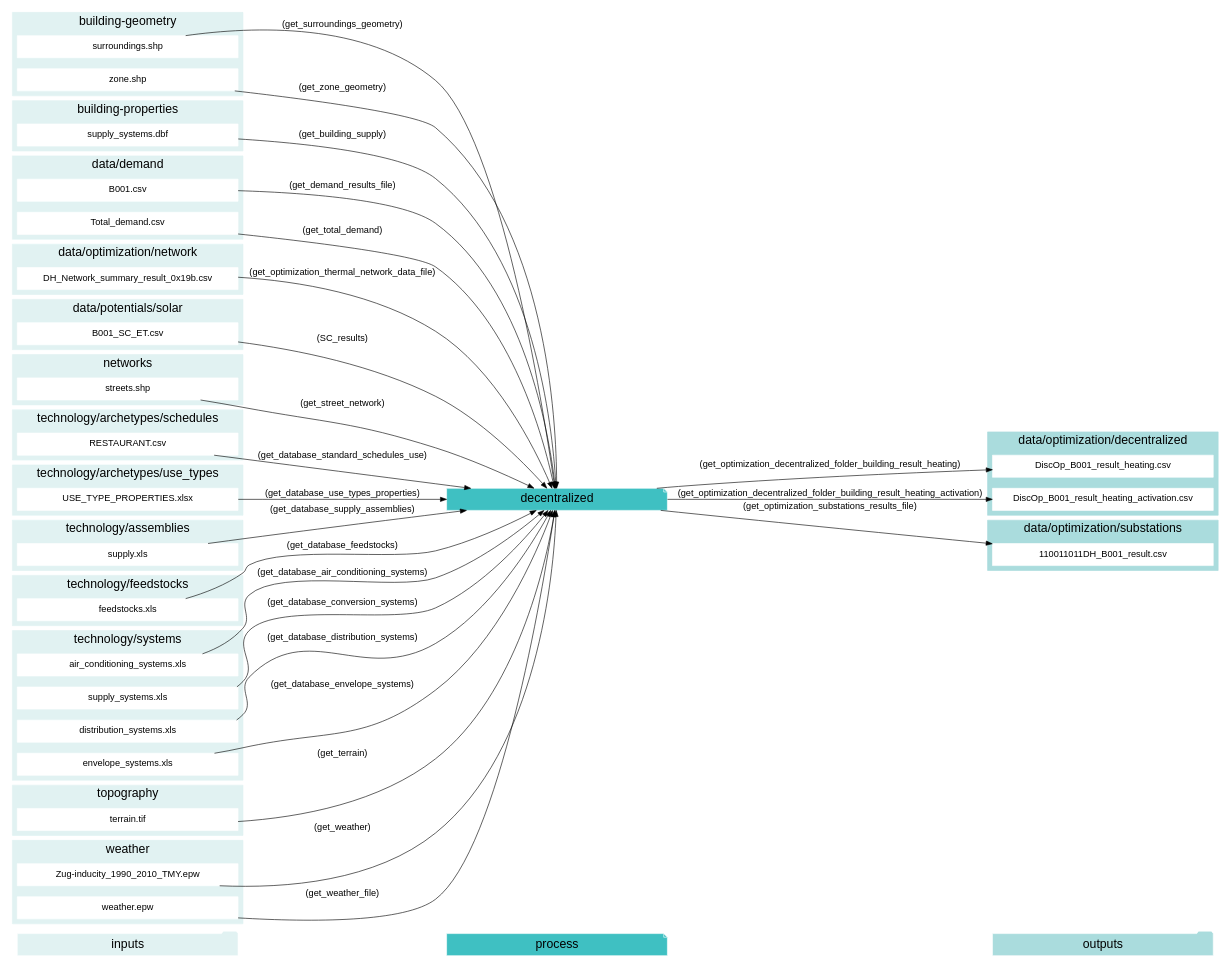
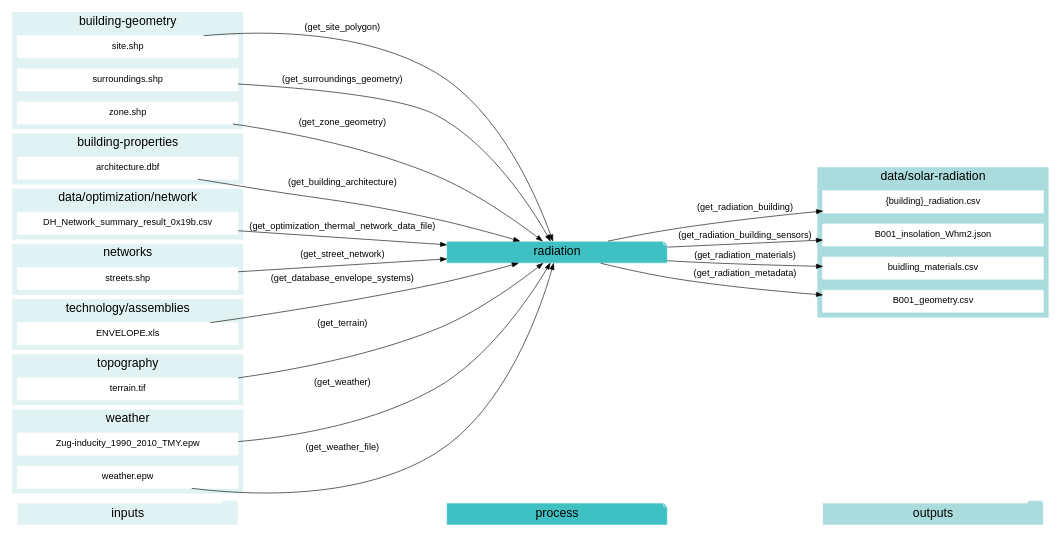
The fourth of 23 diagrams in docs/script-data-flow.rst (architecture-building-systems/CityEnergyAnalyst), drawn with Graphviz before and after one commit. The commit also changed other lines of this file and 24 other files, not shown here.

```diff
--- a/docs/script-data-flow.rst
+++ b/docs/script-data-flow.rst
@@ -468,13 +361,14 @@
     "inputs"->"process"[style=invis]
     "process"->"outputs"[style=invis]
     }
-    "decentralized"[style=filled, color=white, fillcolor="#3FC0C2", shape=note, fontsize=20, fontname=arial];
+    "radiation"[style=filled, color=white, fillcolor="#3FC0C2", shape=note, fontsize=20, fontname=arial];
     subgraph cluster_0_in {
         style = filled;
         color = "#E1F2F2";
         fontsize = 20;
         rank=same;
         label="building-geometry";
+        "site.shp"
         "surroundings.shp"
         "zone.shp"
     }
@@ -484,27 +378,9 @@
         fontsize = 20;
         rank=same;
         label="building-properties";
-        "supply_systems.dbf"
+        "architecture.dbf"
     }
     subgraph cluster_2_in {
-        style = filled;
-        color = "#E1F2F2";
-        fontsize = 20;
-        rank=same;
-        label="data/demand";
-        "B001.csv"
-        "Total_demand.csv"
-    }
-    subgraph cluster_3_out {
-        style = filled;
-        color = "#aadcdd";
-        fontsize = 20;
-        rank=same;
-        label="data/optimization/decentralized";
-        "DiscOp_B001_result_heating.csv"
-        "DiscOp_B001_result_heating_activation.csv"
-    }
-    subgraph cluster_4_in {
         style = filled;
         color = "#E1F2F2";
         fontsize = 20;
@@ -512,23 +388,18 @@
         label="data/optimization/network";
         "DH_Network_summary_result_0x19b.csv"
     }
-    subgraph cluster_5_out {
+    subgraph cluster_3_out {
         style = filled;
         color = "#aadcdd";
         fontsize = 20;
         rank=same;
-        label="data/optimization/substations";
-        "110011011DH_B001_result.csv"
+        label="data/solar-radiation";
+        "{building}_radiation.csv"
+        "B001_insolation_Whm2.json"
+        "buidling_materials.csv"
+        "B001_geometry.csv"
     }
-    subgraph cluster_6_in {
-        style = filled;
-        color = "#E1F2F2";
-        fontsize = 20;
-        rank=same;
-        label="data/potentials/solar";
-        "B001_SC_ET.csv"
-    }
-    subgraph cluster_7_in {
+    subgraph cluster_4_in {
         style = filled;
         color = "#E1F2F2";
         fontsize = 20;
@@ -536,50 +407,15 @@
         label="networks";
         "streets.shp"
     }
-    subgraph cluster_8_in {
-        style = filled;
-        color = "#E1F2F2";
-        fontsize = 20;
-        rank=same;
-        label="technology/archetypes/schedules";
-        "RESTAURANT.csv"
-    }
-    subgraph cluster_9_in {
-        style = filled;
-        color = "#E1F2F2";
-        fontsize = 20;
-        rank=same;
-        label="technology/archetypes/use_types";
-        "USE_TYPE_PROPERTIES.xlsx"
-    }
-    subgraph cluster_10_in {
+    subgraph cluster_5_in {
         style = filled;
         color = "#E1F2F2";
         fontsize = 20;
         rank=same;
         label="technology/assemblies";
-        "supply.xls"
+        "ENVELOPE.xls"
     }
-    subgraph cluster_11_in {
-        style = filled;
-        color = "#E1F2F2";
-        fontsize = 20;
-        rank=same;
-        label="technology/feedstocks";
-        "feedstocks.xls"
-    }
-    subgraph cluster_12_in {
-        style = filled;
-        color = "#E1F2F2";
-        fontsize = 20;
-        rank=same;
-        label="technology/systems";
-        "air_conditioning_systems.xls"
-        "supply_systems.xls"
-        "distribution_systems.xls"
-        "envelope_systems.xls"
-    }
-    subgraph cluster_13_in {
+    subgraph cluster_6_in {
         style = filled;
         color = "#E1F2F2";
         fontsize = 20;
@@ -587,7 +423,7 @@
         label="topography";
         "terrain.tif"
     }
-    subgraph cluster_14_in {
+    subgraph cluster_7_in {
         style = filled;
         color = "#E1F2F2";
         fontsize = 20;
@@ -596,26 +432,18 @@
         "Zug-inducity_1990_2010_TMY.epw"
         "weather.epw"
     }
-    "B001_SC_ET.csv" -> "decentralized"[label="(SC_results)"]
-    "supply_systems.dbf" -> "decentralized"[label="(get_building_supply)"]
-    "air_conditioning_systems.xls" -> "decentralized"[label="(get_database_air_conditioning_systems)"]
-    "supply_systems.xls" -> "decentralized"[label="(get_database_conversion_systems)"]
-    "distribution_systems.xls" -> "decentralized"[label="(get_database_distribution_systems)"]
-    "envelope_systems.xls" -> "decentralized"[label="(get_database_envelope_systems)"]
-    "feedstocks.xls" -> "decentralized"[label="(get_database_feedstocks)"]
-    "RESTAURANT.csv" -> "decentralized"[label="(get_database_standard_schedules_use)"]
-    "supply.xls" -> "decentralized"[label="(get_database_supply_assemblies)"]
-    "USE_TYPE_PROPERTIES.xlsx" -> "decentralized"[label="(get_database_use_types_properties)"]
-    "B001.csv" -> "decentralized"[label="(get_demand_results_file)"]
-    "DH_Network_summary_result_0x19b.csv" -> "decentralized"[label="(get_optimization_thermal_network_data_file)"]
-    "streets.shp" -> "decentralized"[label="(get_street_network)"]
-    "surroundings.shp" -> "decentralized"[label="(get_surroundings_geometry)"]
-    "terrain.tif" -> "decentralized"[label="(get_terrain)"]
-    "Total_demand.csv" -> "decentralized"[label="(get_total_demand)"]
-    "Zug-inducity_1990_2010_TMY.epw" -> "decentralized"[label="(get_weather)"]
-    "weather.epw" -> "decentralized"[label="(get_weather_file)"]
-    "zone.shp" -> "decentralized"[label="(get_zone_geometry)"]
-    "decentralized" -> "DiscOp_B001_result_heating.csv"[label="(get_optimization_decentralized_folder_building_result_heating)"]
-    "decentralized" -> "DiscOp_B001_result_heating_activation.csv"[label="(get_optimization_decentralized_folder_building_result_heating_activation)"]
-    "decentralized" -> "110011011DH_B001_result.csv"[label="(get_optimization_substations_results_file)"]
+    "architecture.dbf" -> "radiation"[label="(get_building_architecture)"]
+    "ENVELOPE.xls" -> "radiation"[label="(get_database_envelope_systems)"]
+    "DH_Network_summary_result_0x19b.csv" -> "radiation"[label="(get_optimization_thermal_network_data_file)"]
+    "site.shp" -> "radiation"[label="(get_site_polygon)"]
+    "streets.shp" -> "radiation"[label="(get_street_network)"]
+    "surroundings.shp" -> "radiation"[label="(get_surroundings_geometry)"]
+    "terrain.tif" -> "radiation"[label="(get_terrain)"]
+    "Zug-inducity_1990_2010_TMY.epw" -> "radiation"[label="(get_weather)"]
+    "weather.epw" -> "radiation"[label="(get_weather_file)"]
+    "zone.shp" -> "radiation"[label="(get_zone_geometry)"]
+    "radiation" -> "{building}_radiation.csv"[label="(get_radiation_building)"]
+    "radiation" -> "B001_insolation_Whm2.json"[label="(get_radiation_building_sensors)"]
+    "radiation" -> "buidling_materials.csv"[label="(get_radiation_materials)"]
+    "radiation" -> "B001_geometry.csv"[label="(get_radiation_metadata)"]
     }
```
